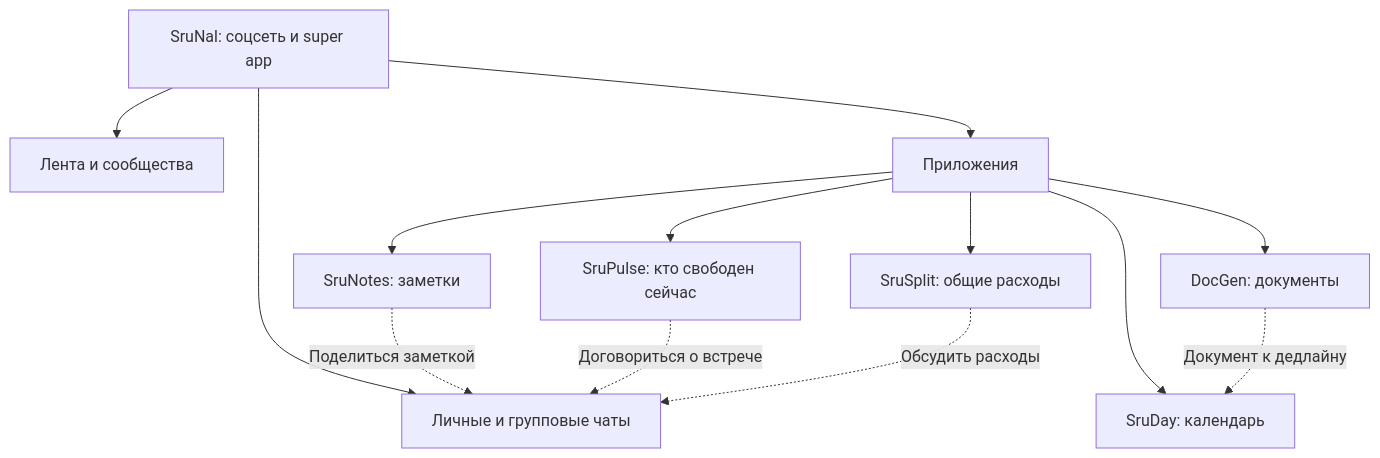
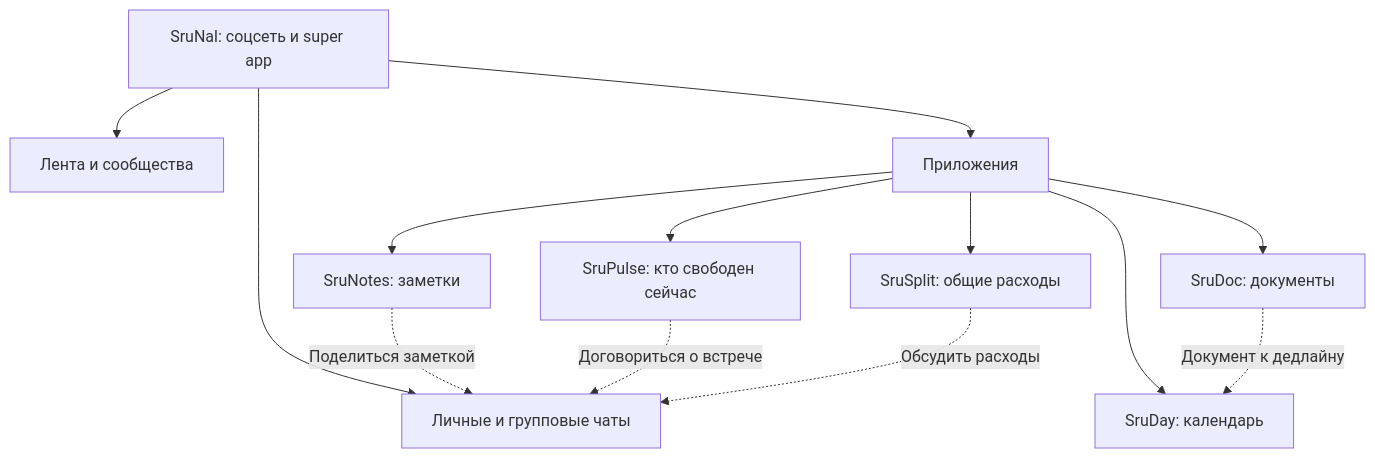
One commit to danii1kq/super-app_telegram-mini-app changed the diagram in docs/01-product.md. Above: the diagram before and after it, drawn with Mermaid. The commit also changed other lines of this file and 11 other files, not shown here.

Commit message:
docs: design SruNal architecture and security model

````diff
--- a/docs/01-product.md
+++ b/docs/01-product.md
@@ -9,16 +9,16 @@
 ```mermaid
 flowchart TB
     S[SruNal: соцсеть и super app]
     S --> F[Лента и сообщества]
     S --> C[Личные и групповые чаты]
     S --> A[Приложения]
-    A --> D[DocGen: документы]
+    A --> D[SruDoc: документы]
     A --> Y[SruDay: календарь]
     A --> P[SruPulse: кто свободен сейчас]
     A --> N[SruNotes: заметки]
     A --> E[SruSplit: общие расходы]
     D -. Документ к дедлайну .-> Y
     N -. Поделиться заметкой .-> C
     P -. Договориться о встрече .-> C
     E -. Обсудить расходы .-> C
 ```
````
